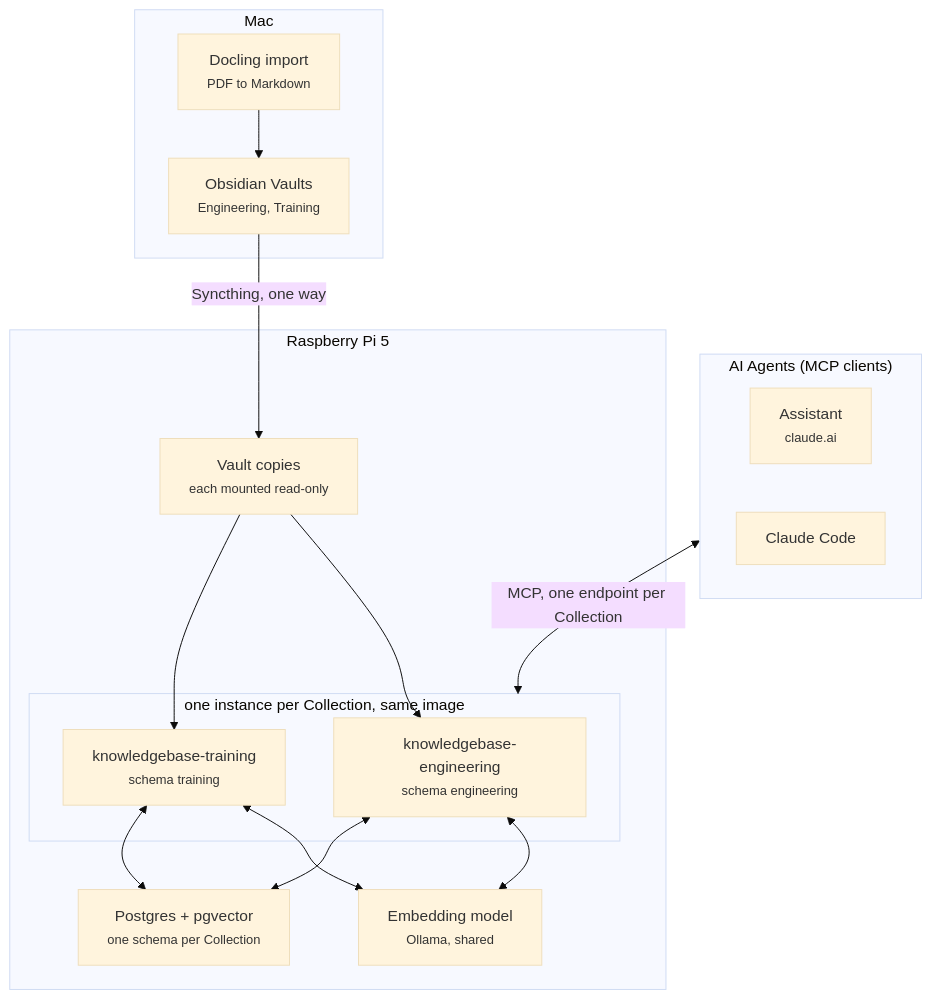
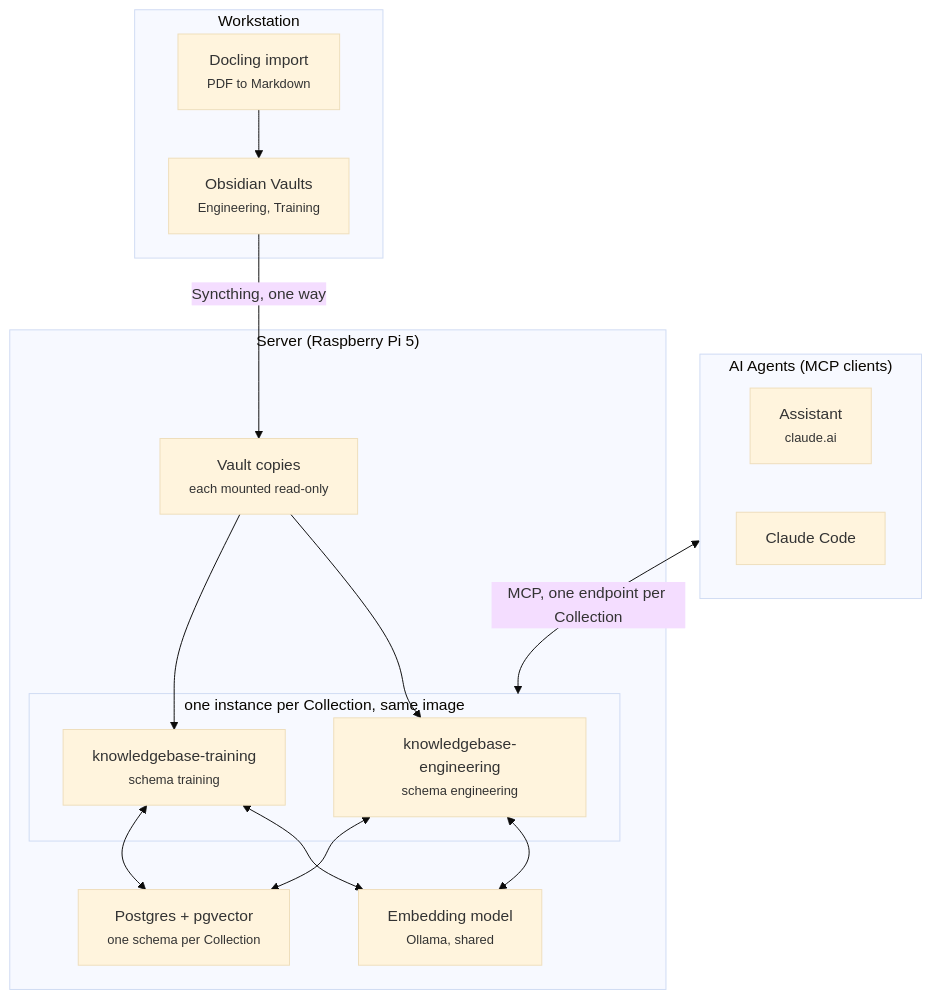
Before and after one commit to Luca-Blum/obsidian-knowledge-mcp: the first of 3 diagrams in docs/architecture.md, drawn with Mermaid (base theme). The commit also changed other lines of this file, not shown here.

First line of the commit message:
Name the machines by role in the architecture: workstation and server

````diff
--- a/docs/architecture.md
+++ b/docs/architecture.md
@@ -20,29 +20,29 @@
 ```mermaid
 flowchart TB
-    subgraph Mac
+    subgraph Workstation
         docling["Docling import<br/><small>PDF to Markdown</small>"]
         vaults["Obsidian Vaults<br/><small>Engineering, Training</small>"]
         docling --> vaults
     end
     subgraph Clients["AI Agents (MCP clients)"]
-        coach["Assistant<br/><small>claude.ai</small>"]
+        assistant["Assistant<br/><small>claude.ai</small>"]
         code["Claude Code"]
     end
-    subgraph Pi["Raspberry Pi 5"]
+    subgraph Server["Server (Raspberry Pi 5)"]
         copies["Vault copies<br/><small>each mounted read-only</small>"]
         subgraph Instances["one instance per Collection, same image"]
             eng["knowledgebase-engineering<br/><small>schema engineering</small>"]
             train["knowledgebase-training<br/><small>schema training</small>"]
         end
         ollama["Embedding model<br/><small>Ollama, shared</small>"]
         pg["Postgres + pgvector<br/><small>one schema per Collection</small>"]
         copies --> eng
         copies --> train
         eng <--> ollama
         train <--> ollama
         eng <--> pg
         train <--> pg
     end
     vaults -- "Syncthing, one way" --> copies
     Clients <-- "MCP, one endpoint per Collection" --> Instances
 ```
````
